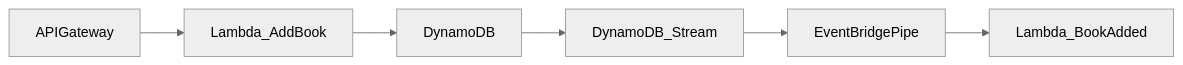
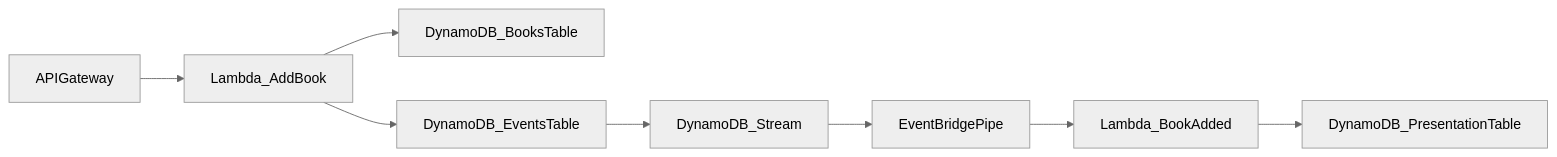
The second of 2 diagrams in README.md (mikaelvesavuori/aws-serverless-outbox-demo), drawn with Mermaid (neutral theme) before and after one commit. The commit also changed other lines of this file and 10 other files, not shown here.

````diff
--- a/README.md
+++ b/README.md
@@ -37,8 +55,10 @@
 ```mermaid
 graph LR;
     APIGateway-->Lambda_AddBook;
-    Lambda_AddBook-->DynamoDB;
-    DynamoDB-->DynamoDB_Stream;
+    Lambda_AddBook-->DynamoDB_BooksTable;
+    Lambda_AddBook-->DynamoDB_EventsTable;
+    DynamoDB_EventsTable-->DynamoDB_Stream;
     DynamoDB_Stream-->EventBridgePipe;
     EventBridgePipe-->Lambda_BookAdded;
+    Lambda_BookAdded-->DynamoDB_PresentationTable;
 ```
````
